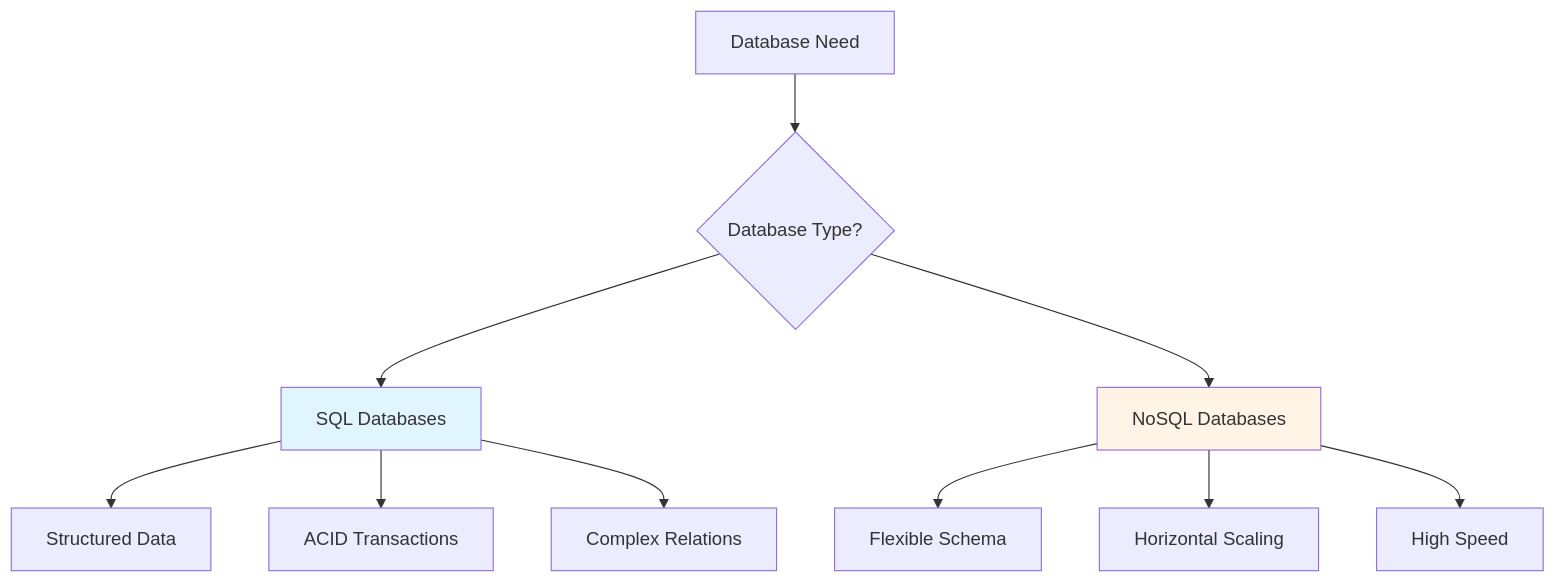
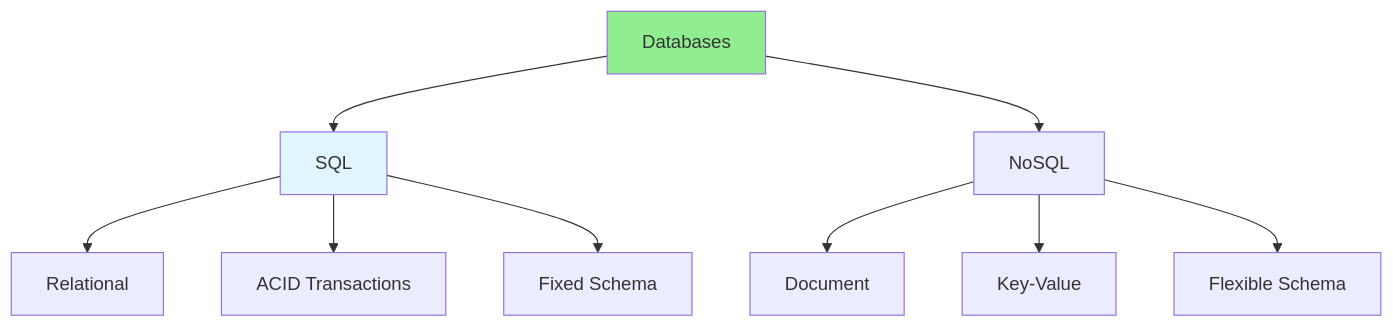
One commit to iouthnamain/tech-note changed the diagram in Full-Stack-Guides/Group-06-Database-Analysis/06.12_SQL_vs_NoSQL.md. Above: the diagram before and after it, drawn with Mermaid. The commit also changed other lines of this file and 480 other files, not shown here.

````diff
--- a/Full-Stack-Guides/Group-06-Database-Analysis/06.12_SQL_vs_NoSQL.md
+++ b/Full-Stack-Guides/Group-06-Database-Analysis/06.12_SQL_vs_NoSQL.md
@@ -24,17 +23,16 @@
 ```mermaid
 graph TD
-    Need[Database Need] --> Type{Database Type?}
-    Type --> SQL[SQL Databases]
-    Type --> NoSQL[NoSQL Databases]
+    Databases[Databases] --> SQL[SQL]
+    Databases --> NoSQL[NoSQL]
     
-    SQL --> Structured[Structured Data]
+    SQL --> Relational[Relational]
     SQL --> ACID[ACID Transactions]
-    SQL --> Relations[Complex Relations]
+    SQL --> Schema[Fixed Schema]
     
+    NoSQL --> Document[Document]
+    NoSQL --> KeyValue[Key-Value]
     NoSQL --> Flexible[Flexible Schema]
-    NoSQL --> Scale[Horizontal Scaling]
-    NoSQL --> Speed[High Speed]
     
+    style Databases fill:#90EE90
     style SQL fill:#e1f5ff
-    style NoSQL fill:#fff4e6
 ```
````
